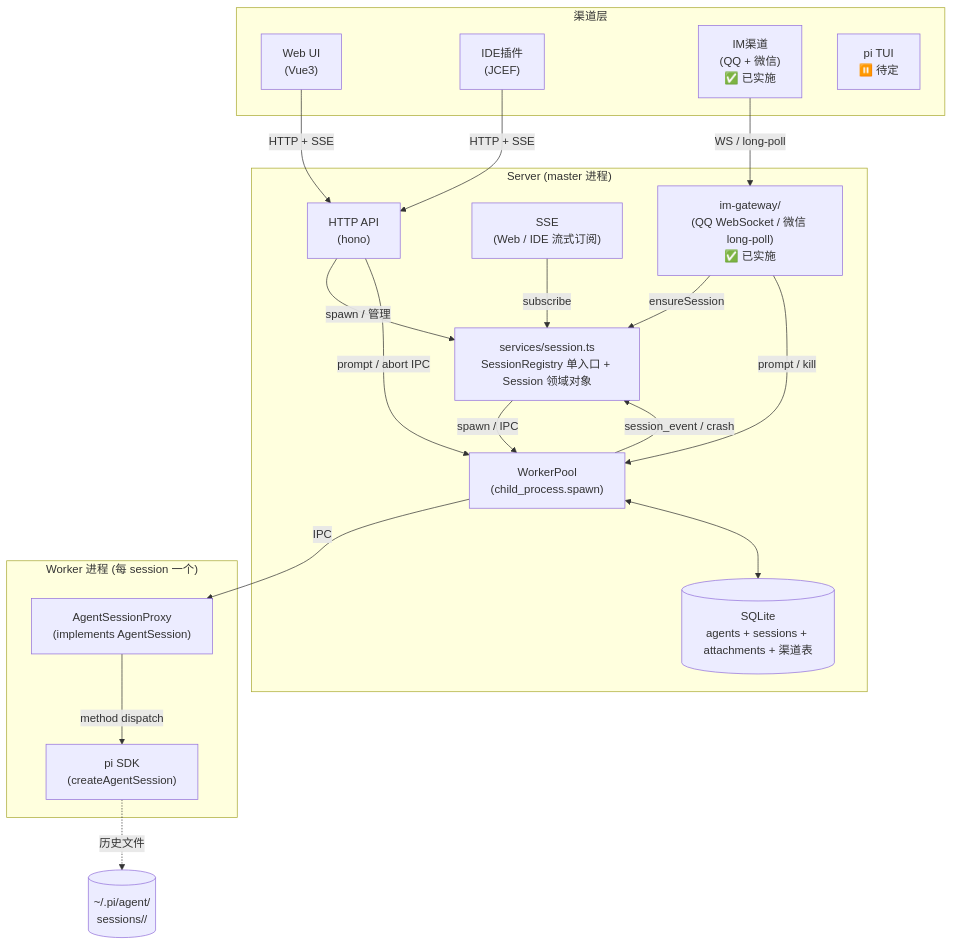
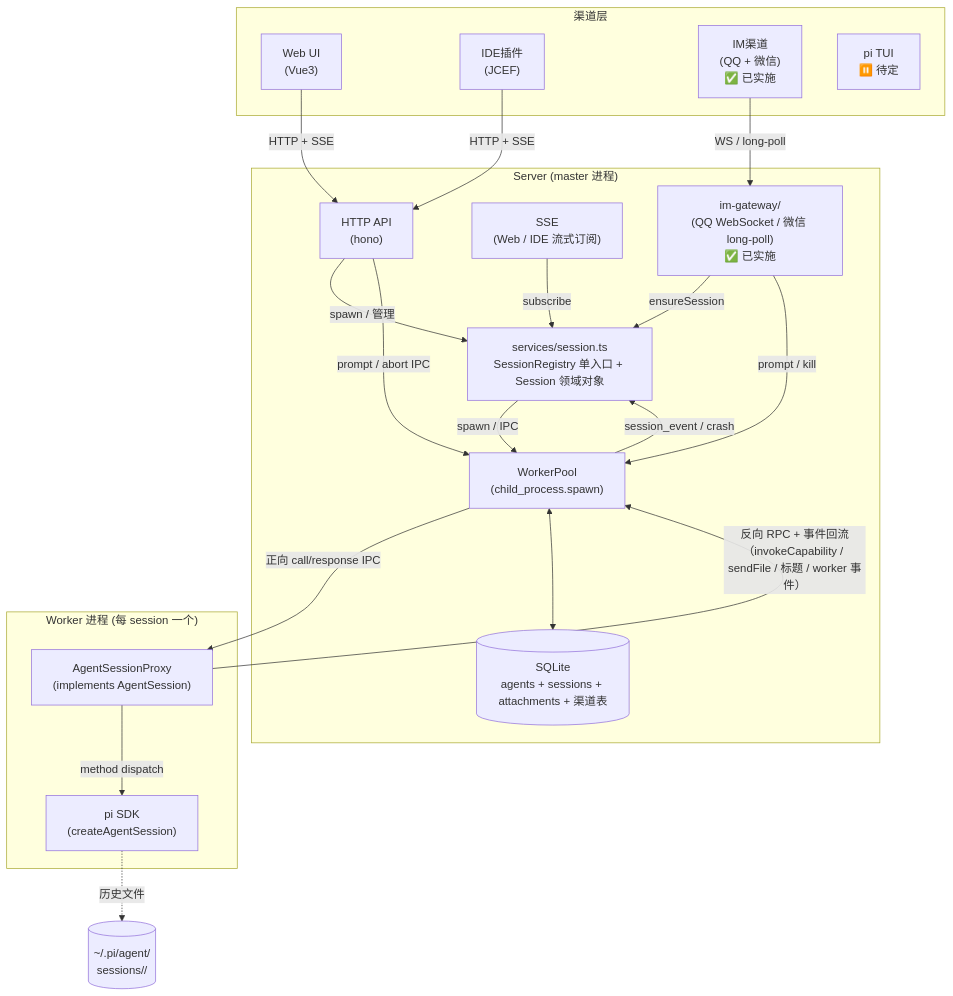
One commit to shinexsf/pi-agent-platform changed the diagram in doc/architecture/current/pi-agent-server_overview.md. Above: the diagram before and after it, drawn with Mermaid. The commit also changed 14 other files, not shown here.

````diff
--- a/doc/architecture/current/pi-agent-server_overview.md
+++ b/doc/architecture/current/pi-agent-server_overview.md
@@ -7,38 +7,39 @@
 ```mermaid
 flowchart TB
     subgraph Client["渠道层"]
         WebUI["Web UI<br/>(Vue3)"]
         IDE["IDE插件<br/>(JCEF)"]
         IM["IM渠道<br/>(QQ + 微信)<br/>✅ 已实施"]
         TUI["pi TUI<br/>⏸️ 待定"]
     end
 
     subgraph Master["Server (master 进程)"]
         HTTPAPI["HTTP API<br/>(hono)"]
         SSE["SSE<br/>(Web / IDE 流式订阅)"]
         IMGateway["im-gateway/<br/>(QQ WebSocket / 微信 long-poll)<br/>✅ 已实施"]
         SES["services/session.ts<br/>SessionRegistry 单入口 + Session 领域对象"]
         WPM["WorkerPool<br/>(child_process.spawn)"]
         DB[("SQLite<br/>agents + sessions + attachments + 渠道表")]
     end
 
     subgraph Worker["Worker 进程 (每 session 一个)"]
         Proxy["AgentSessionProxy<br/>(implements AgentSession)"]
         SDK["pi SDK<br/>(createAgentSession)"]
     end
 
     WebUI -->|HTTP + SSE| HTTPAPI
     IDE -->|HTTP + SSE| HTTPAPI
     IM -->|WS / long-poll| IMGateway
     HTTPAPI -->|spawn / 管理| SES
     IMGateway -->|ensureSession| SES
     SSE -->|subscribe| SES
     SES -->|spawn / IPC| WPM
     HTTPAPI -->|prompt / abort IPC| WPM
     IMGateway -->|prompt / kill| WPM
     WPM -->|session_event / crash| SES
-    WPM -->|IPC| Proxy
+    WPM -->|正向 call/response IPC| Proxy
+    Proxy -->|反向 RPC + 事件回流（invokeCapability / sendFile / 标题 / worker 事件）| WPM
     Proxy -->|method dispatch| SDK
     WPM <--> DB
     SDK -.->|历史文件| PiHist[(~/.pi/agent/<br/>sessions/<id>/)]
 ```
````
